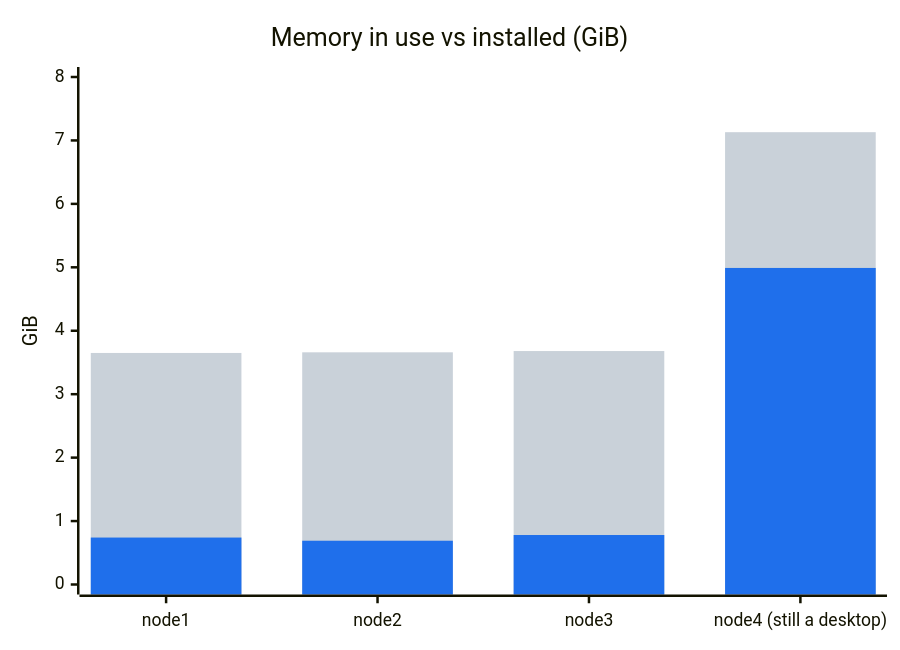
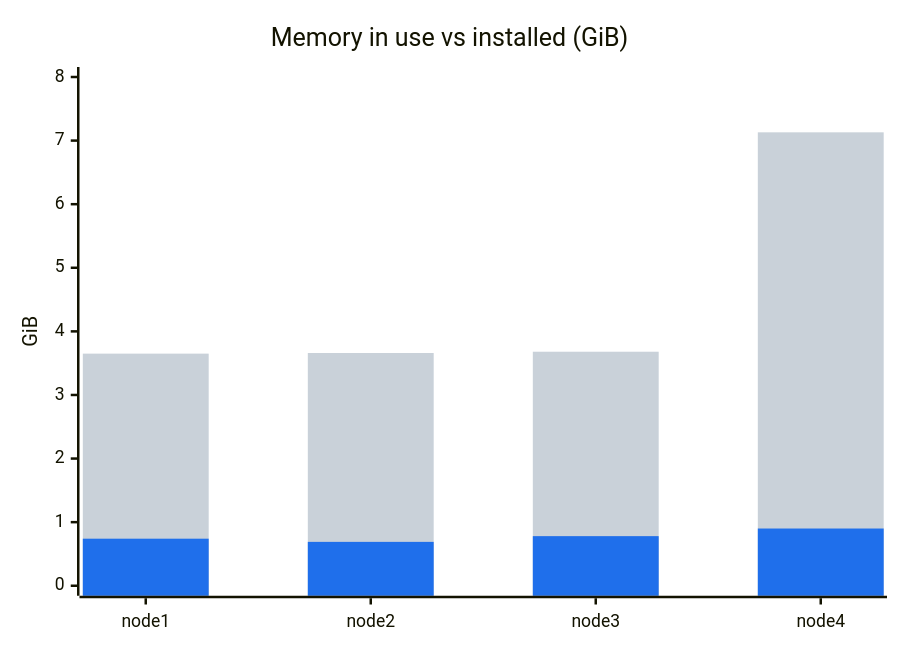
The first of 8 diagrams in README.md (vpetukhov-wbss/homelab-infrastructure), drawn with Mermaid before and after one commit. The commit also changed other lines of this file and 4 other files, not shown here.

```diff
--- a/README.md
+++ b/README.md
@@ -48,14 +48,14 @@
 ~~~mermaid
 ---
 config:
   themeVariables:
     xyChart:
       plotColorPalette: "#c9d1d9, #1f6feb"
 ---
 xychart-beta
     title "Memory in use vs installed (GiB)"
-    x-axis ["node1", "node2", "node3", "node4 (still a desktop)"]
+    x-axis ["node1", "node2", "node3", "node4"]
     y-axis "GiB" 0 --> 8
     bar [3.65, 3.66, 3.68, 7.13]
-    bar [0.74, 0.69, 0.78, 4.99]
+    bar [0.74, 0.69, 0.78, 0.90]
 ~~~
```
